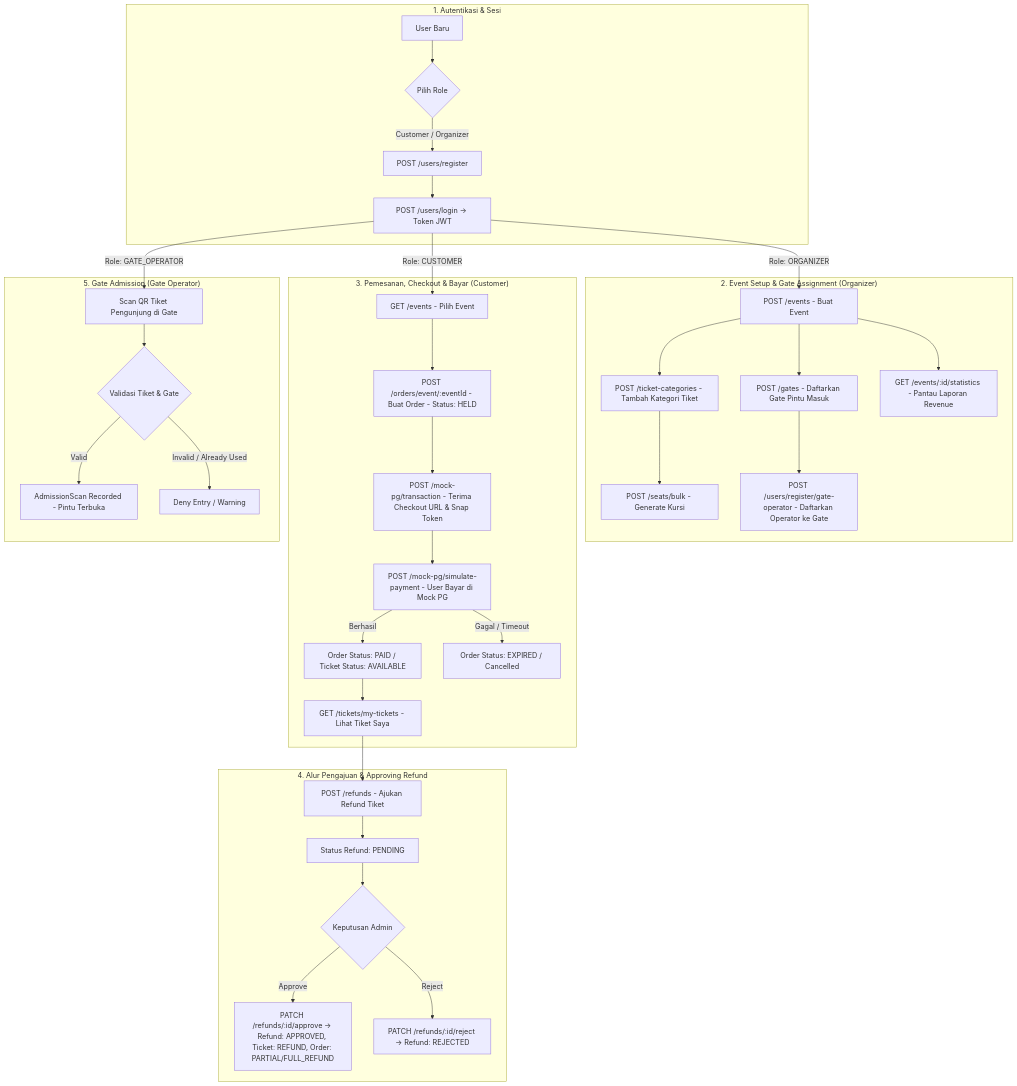
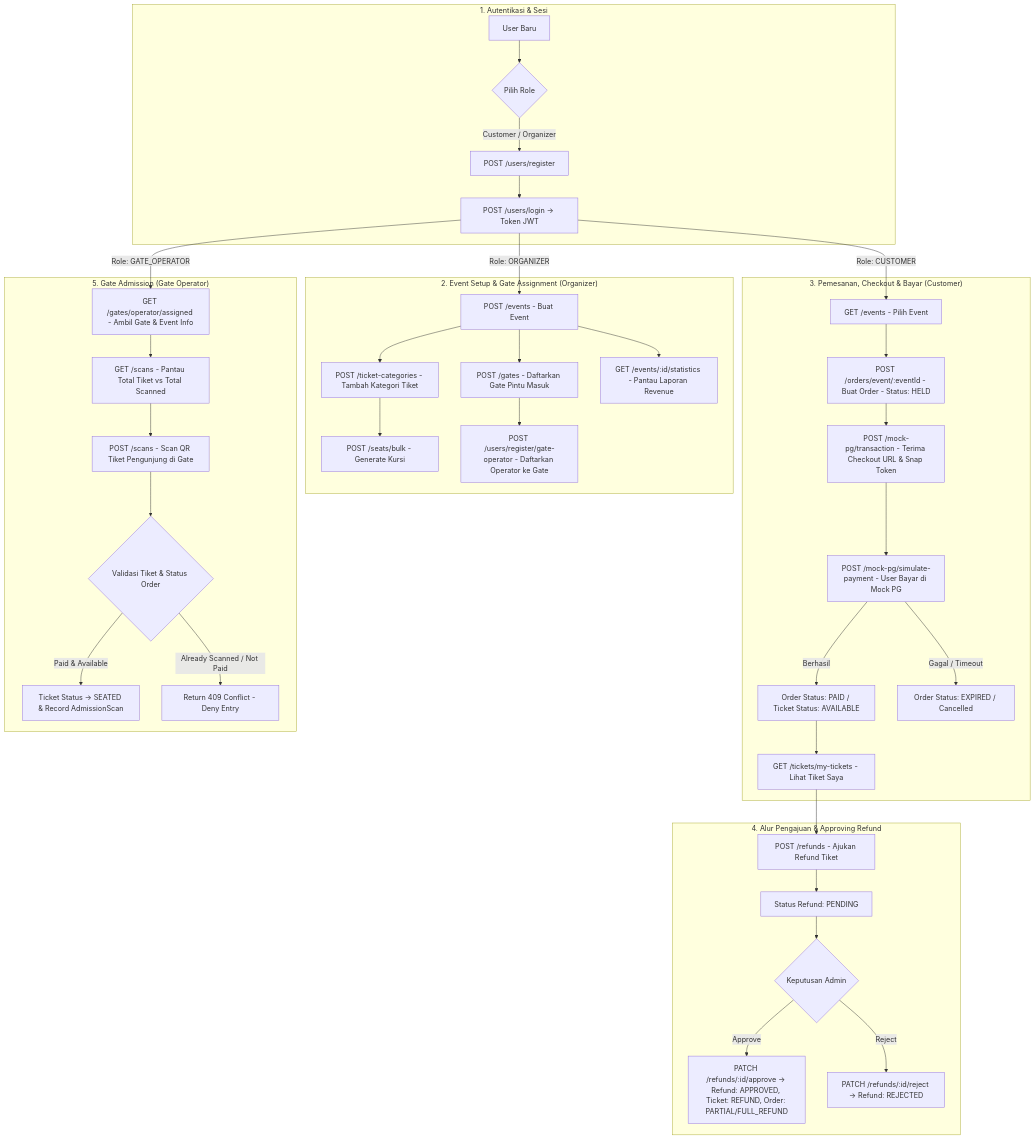
One commit to Shade2012/team_lima_FE changed the first of 4 diagrams in mock_server/user_flow_spec.md. Above: the diagram before and after it, drawn with Mermaid. The commit also changed 5 other files, not shown here.

Commit message:
feat(mock-server): implement admission scans module and update ticket categories for latest backend

````diff
--- a/mock_server/user_flow_spec.md
+++ b/mock_server/user_flow_spec.md
@@ -18,42 +18,44 @@
 ```mermaid
 flowchart TD
     subgraph Auth["1. Autentikasi & Sesi"]
         A[User Baru] --> B{Pilih Role}
         B -->|Customer / Organizer| C[POST /users/register]
         C --> E[POST /users/login -> Token JWT]
     end
 
     subgraph OrganizerFlow["2. Event Setup & Gate Assignment (Organizer)"]
         E -->|Role: ORGANIZER| F[POST /events - Buat Event]
         F --> G[POST /ticket-categories - Tambah Kategori Tiket]
         G --> H[POST /seats/bulk - Generate Kursi]
         F --> K[POST /gates - Daftarkan Gate Pintu Masuk]
         K --> K2[POST /users/register/gate-operator - Daftarkan Operator ke Gate]
         F --> L2[GET /events/:id/statistics - Pantau Laporan Revenue]
     end
 
     subgraph CustomerOrderFlow["3. Pemesanan, Checkout & Bayar (Customer)"]
         E -->|Role: CUSTOMER| L[GET /events - Pilih Event]
         L --> M[POST /orders/event/:eventId - Buat Order - Status: HELD]
         M --> P[POST /mock-pg/transaction - Terima Checkout URL & Snap Token]
         P --> Q[POST /mock-pg/simulate-payment - User Bayar di Mock PG]
         Q -->|Berhasil| R[Order Status: PAID / Ticket Status: AVAILABLE]
         Q -->|Gagal / Timeout| S[Order Status: EXPIRED / Cancelled]
         R --> T[GET /tickets/my-tickets - Lihat Tiket Saya]
     end
 
     subgraph RefundFlow["4. Alur Pengajuan & Approving Refund"]
         T --> U[POST /refunds - Ajukan Refund Tiket]
         U --> V[Status Refund: PENDING]
         V --> W{Keputusan Admin}
         W -->|Approve| X[PATCH /refunds/:id/approve -> Refund: APPROVED, Ticket: REFUND, Order: PARTIAL/FULL_REFUND]
         W -->|Reject| Y[PATCH /refunds/:id/reject -> Refund: REJECTED]
     end
 
     subgraph GateFlow["5. Gate Admission (Gate Operator)"]
-        E -->|Role: GATE_OPERATOR| Z[Scan QR Tiket Pengunjung di Gate]
-        Z --> AA{Validasi Tiket & Gate}
-        AA -->|Valid| AB[AdmissionScan Recorded - Pintu Terbuka]
-        AA -->|Invalid / Already Used| AC[Deny Entry / Warning]
+        E -->|Role: GATE_OPERATOR| Z1[GET /gates/operator/assigned - Ambil Gate & Event Info]
+        Z1 --> Z2[GET /scans - Pantau Total Tiket vs Total Scanned]
+        Z2 --> Z3[POST /scans - Scan QR Tiket Pengunjung di Gate]
+        Z3 --> AA{Validasi Tiket & Status Order}
+        AA -->|Paid & Available| AB[Ticket Status -> SEATED & Record AdmissionScan]
+        AA -->|Already Scanned / Not Paid| AC[Return 409 Conflict - Deny Entry]
     end
 ```
````
